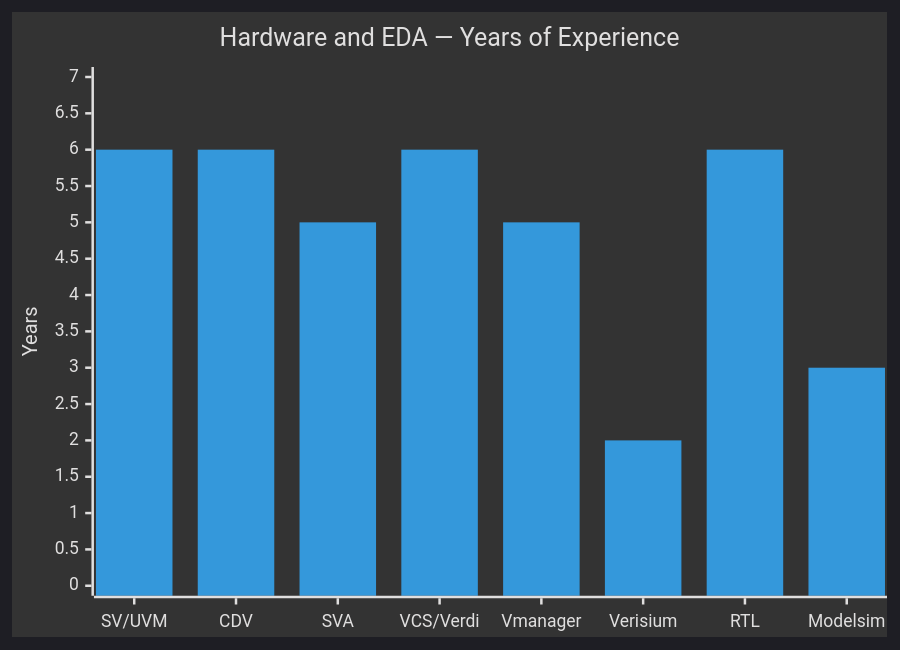
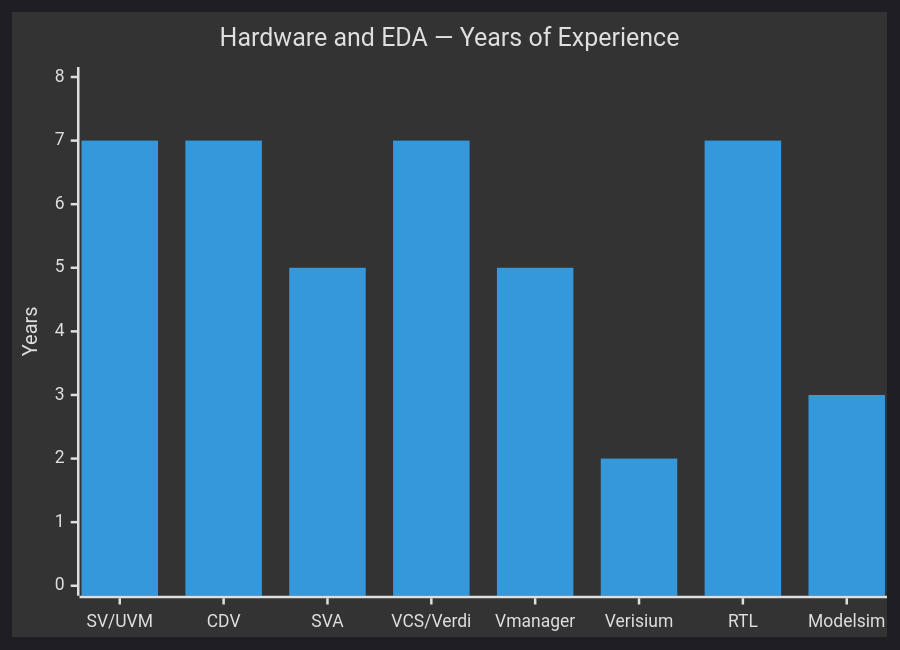
One commit to themanmakerX/themanmakerX changed the first of 4 diagrams in README.md. Above: the diagram before and after it, drawn with Mermaid.

Commit message:
Skill chart: update core DV skills to 7 years

````diff
--- a/README.md
+++ b/README.md
@@ -103,8 +103,8 @@
 ```mermaid
 %%{init: {'theme': 'dark'}}%%
 xychart-beta
   title "Hardware and EDA — Years of Experience"
   x-axis ["SV/UVM", "CDV", "SVA", "VCS/Verdi", "Vmanager", "Verisium", "RTL", "Modelsim"]
-  y-axis "Years" 0 --> 7
-  bar [6, 6, 5, 6, 5, 2, 6, 3]
+  y-axis "Years" 0 --> 8
+  bar [7, 7, 5, 7, 5, 2, 7, 3]
 ```
````
